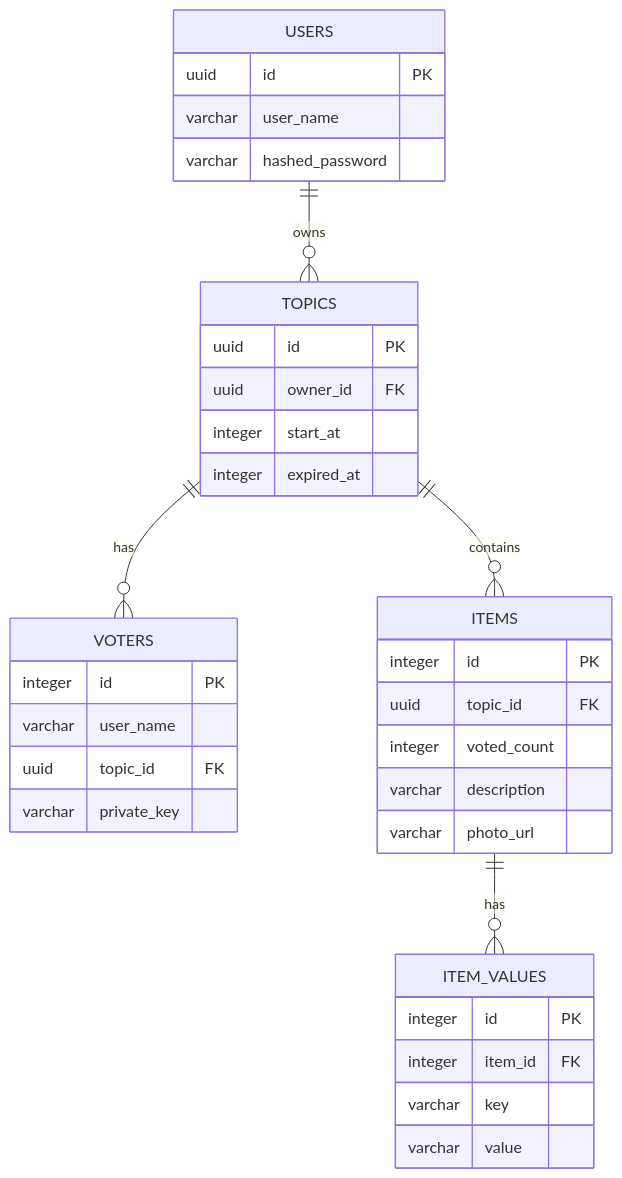
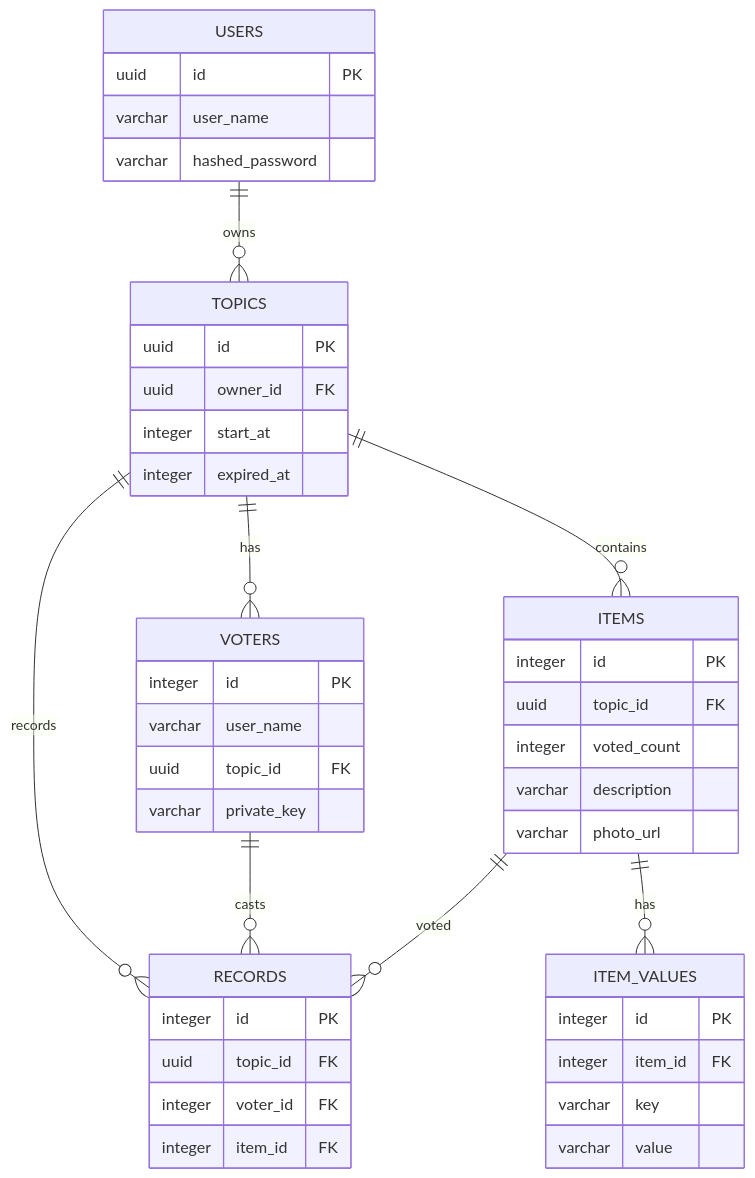
One commit to zukigit/zukivote changed the diagram in docs/db_schema.md. Above: the diagram before and after it, drawn with Mermaid. The commit also changed other lines of this file, not shown here.

````diff
--- a/docs/db_schema.md
+++ b/docs/db_schema.md
@@ -5,42 +5,52 @@
 ```mermaid
 erDiagram
     USERS {
         uuid id PK
         varchar user_name
         varchar hashed_password
     }
 
     TOPICS {
         uuid id PK
         uuid owner_id FK
         integer start_at
         integer expired_at
     }
 
     VOTERS {
         integer id PK
         varchar user_name
         uuid topic_id FK
         varchar private_key
     }
 
     ITEMS {
         integer id PK
         uuid topic_id FK
         integer voted_count
         varchar description
         varchar photo_url
     }
 
     ITEM_VALUES {
         integer id PK
         integer item_id FK
         varchar key
         varchar value
     }
 
+    RECORDS {
+        integer id PK
+        uuid topic_id FK
+        integer voter_id FK
+        integer item_id FK
+    }
+
     USERS ||--o{ TOPICS : owns
     TOPICS ||--o{ VOTERS : has
     TOPICS ||--o{ ITEMS : contains
     ITEMS ||--o{ ITEM_VALUES : has
+    TOPICS ||--o{ RECORDS : records
+    VOTERS ||--o{ RECORDS : casts
+    ITEMS ||--o{ RECORDS : voted
 ```
````
